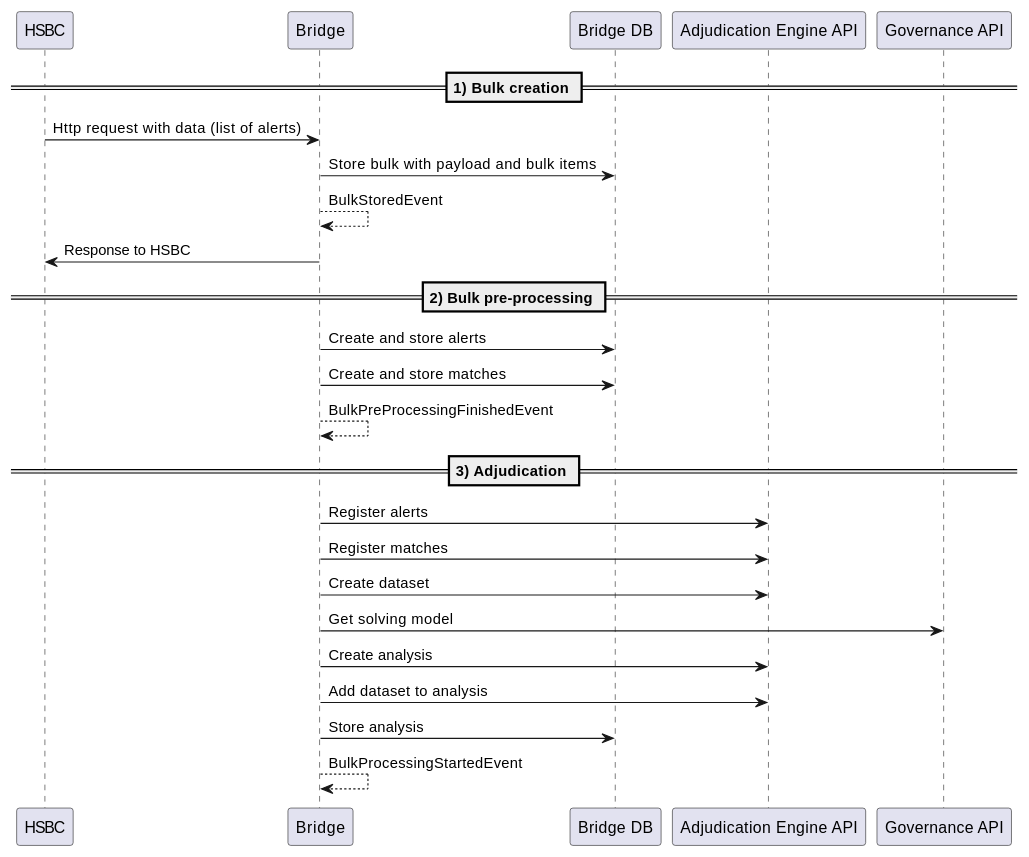
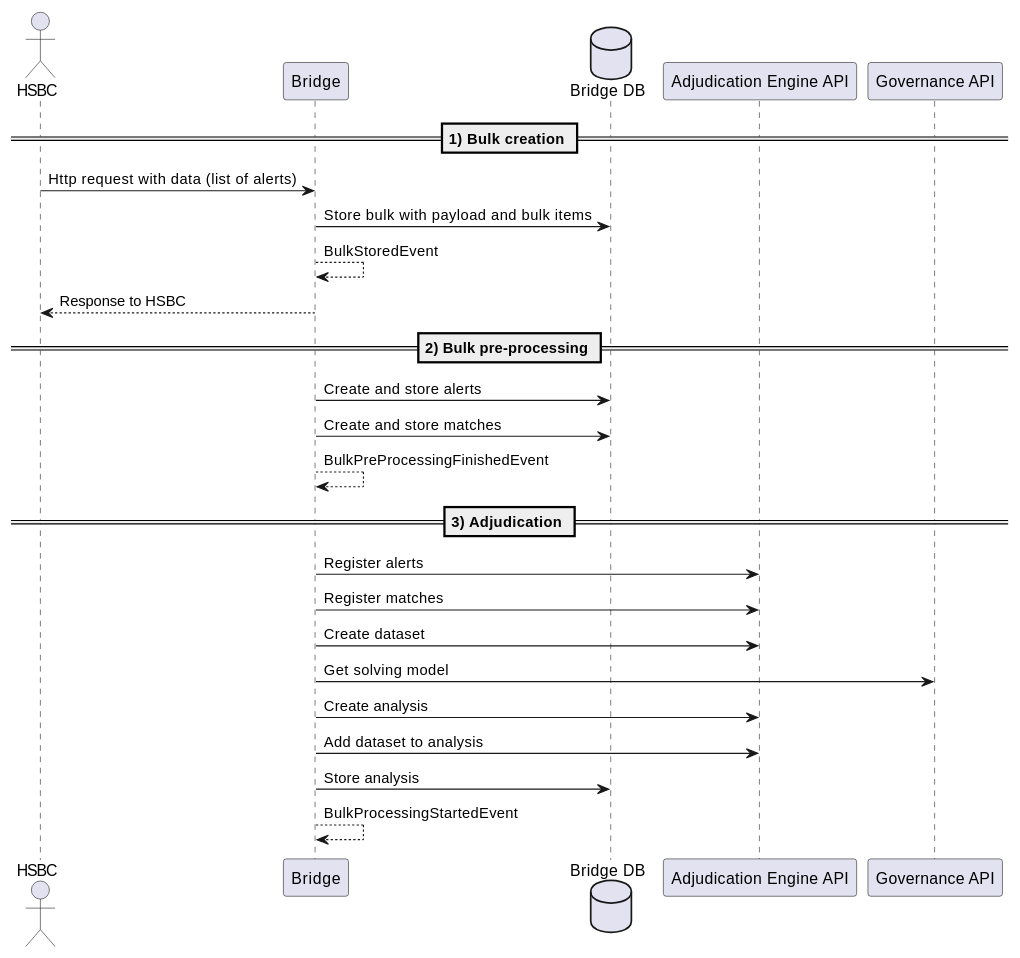
Before and after one commit to ngraczykowski/iris-root: the diagram in modules/hsbc-bridge/docs/diagrams/bridge-bulk-processing.adoc, drawn with PlantUML. The commit also changed 8 other files, not shown here.

Commit message:
INTERNAL: Review all documentation diagrams (ALL-256)

```diff
--- a/modules/hsbc-bridge/docs/diagrams/bridge-bulk-processing.adoc
+++ b/modules/hsbc-bridge/docs/diagrams/bridge-bulk-processing.adoc
@@ -1,32 +1,32 @@
 [plantuml,importing-steps,svg]
 -----
 @startuml
-participant HSBC as a
+actor HSBC as a
 participant "Bridge" as b
-participant "Bridge DB" as c
+database "Bridge DB" as c
 participant "Adjudication Engine API" as d
 participant "Governance API" as e
 
 == **1) Bulk creation** ==
 a -> b: Http request with data (list of alerts)
 b -> c: Store bulk with payload and bulk items
 b --> b: BulkStoredEvent
-b -> a: Response to HSBC
+b --> a: Response to HSBC
 
 == **2) Bulk pre-processing** ==
 b -> c: Create and store alerts
 b -> c: Create and store matches
 b --> b: BulkPreProcessingFinishedEvent
 
 == **3) Adjudication** ==
 b -> d: Register alerts
 b -> d: Register matches
 b -> d: Create dataset
 b -> e: Get solving model
 b -> d: Create analysis
 b -> d: Add dataset to analysis
 b -> c: Store analysis
 b --> b: BulkProcessingStartedEvent
 
 @enduml
 -----
```
